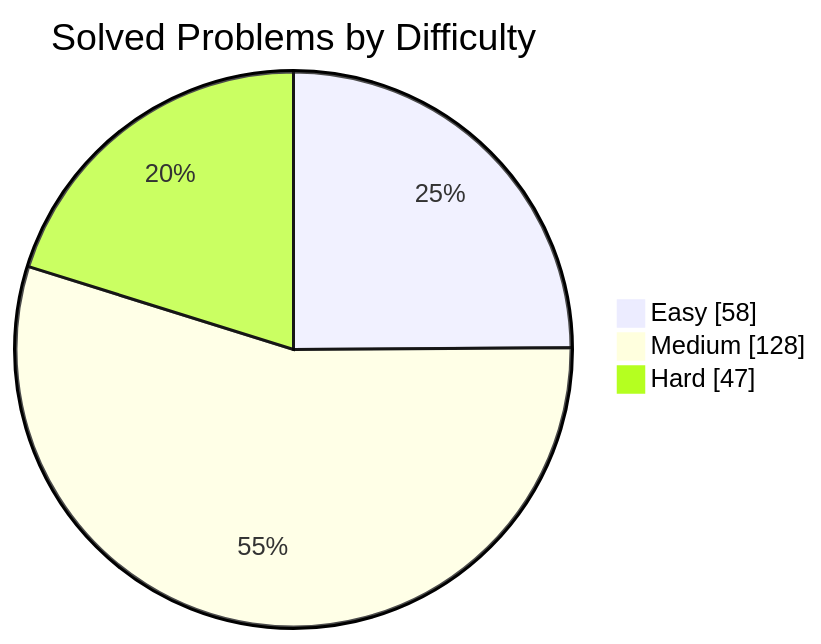
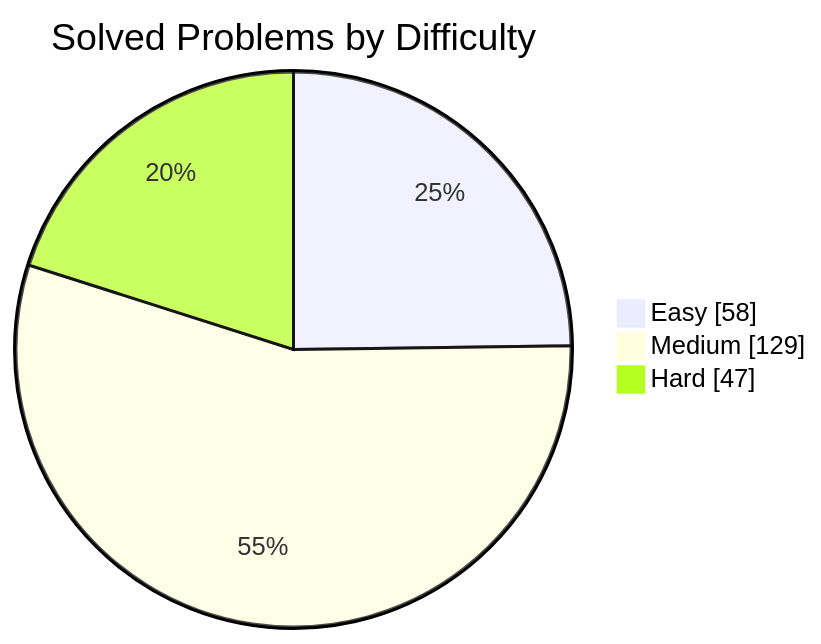
Before and after one commit to manikantbindass/DSA-Preparation-FAANG: the first of 2 diagrams in README.md, drawn with Mermaid. The commit also changed other lines of this file and 1 other file, not shown here.

````diff
--- a/README.md
+++ b/README.md
@@ -40,7 +40,7 @@
 ```mermaid
 pie showData
     title Solved Problems by Difficulty
     "Easy" : 58
-    "Medium" : 128
+    "Medium" : 129
     "Hard" : 47
 ```
````
